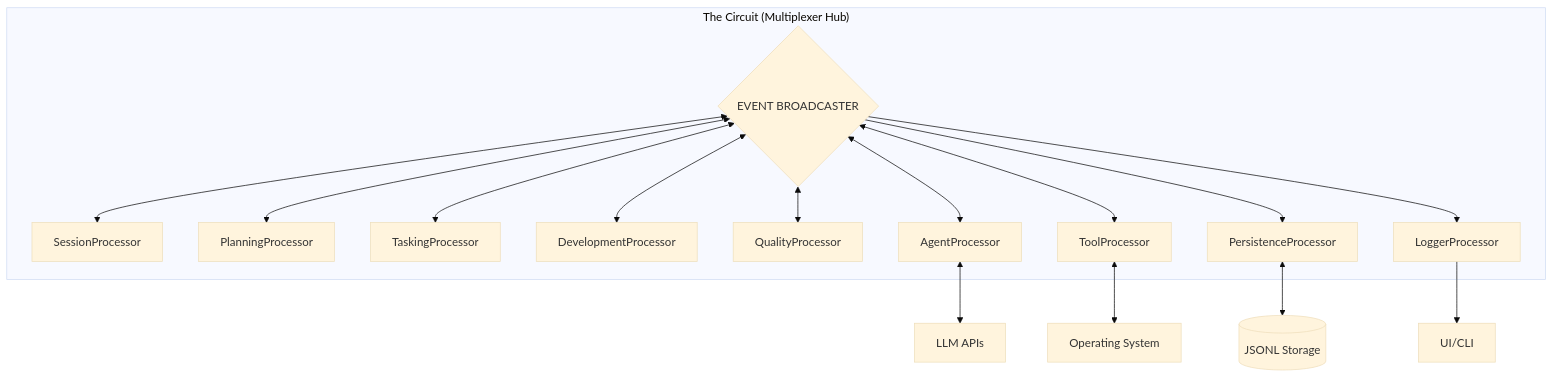
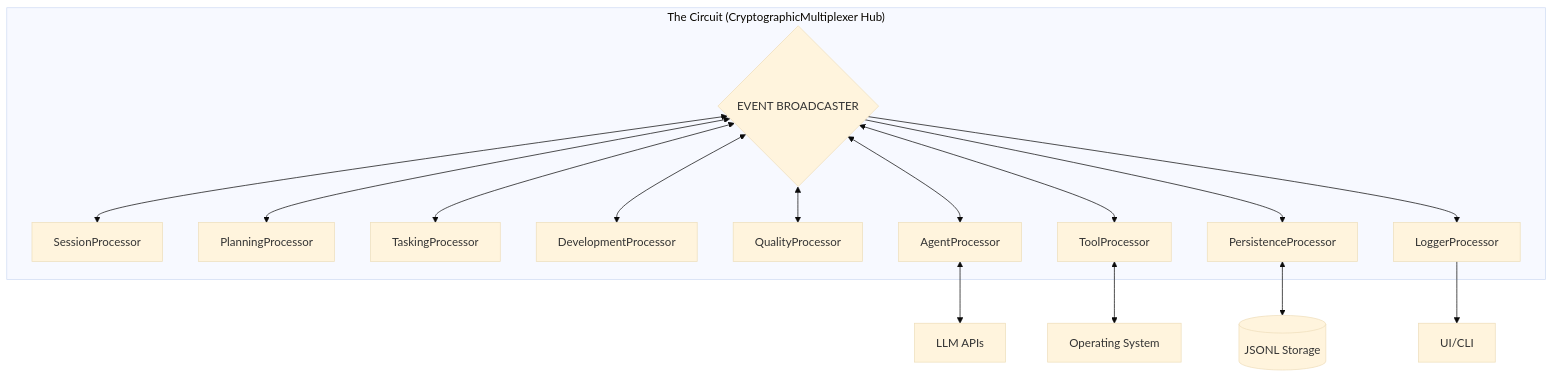
The first of 2 diagrams in rfcs/rfc-001.addendum.md (Tsomaia-Technologies/ductus), drawn with Mermaid (base theme) before and after one commit. The commit also changed other lines of this file and 17 other files, not shown here.

````diff
--- a/rfcs/rfc-001.addendum.md
+++ b/rfcs/rfc-001.addendum.md
@@ -39,35 +39,35 @@
 ```mermaid
 graph TD
-    subgraph "The Circuit (Multiplexer Hub)"
+    subgraph "The Circuit (CryptographicMultiplexer Hub)"
         Hub{EVENT BROADCASTER}
         
         Session[SessionProcessor]
         Plan[PlanningProcessor]
         Task[TaskingProcessor]
         Dev[DevelopmentProcessor]
         QA[QualityProcessor]
         
         Agent[AgentProcessor]
         Tool[ToolProcessor]
         Persist[PersistenceProcessor]
         Log[LoggerProcessor]
     end
 
     %% Wiring
     Hub <--> Session
     Hub <--> Plan
     Hub <--> Task
     Hub <--> Dev
     Hub <--> QA
     Hub <--> Agent
     Hub <--> Tool
     Hub --> Persist
     Hub --> Log
 
     %% External I/O
     Agent <--> LLM[LLM APIs]
     Tool <--> OS[Operating System]
     Log --> User[UI/CLI]
     Persist <--> Ledger[(JSONL Storage)]
 
 ```
````
